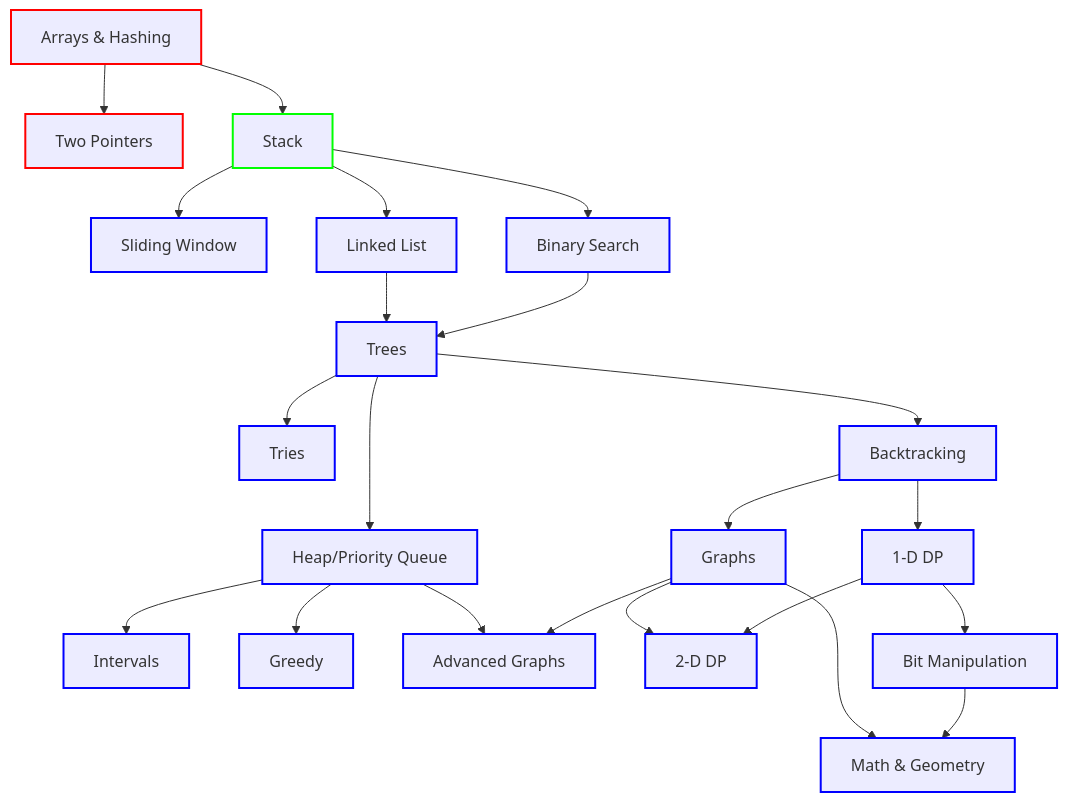
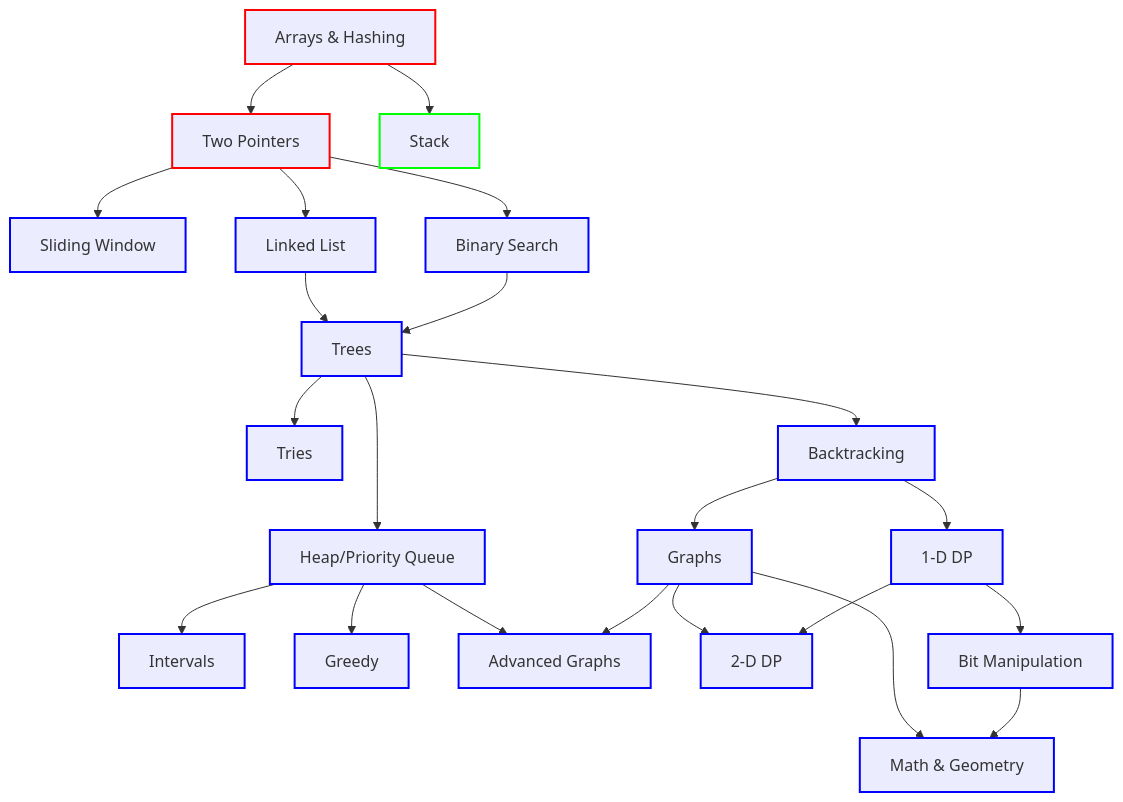
The diagram in README.md (Tetsu-is/neet-code), drawn with Mermaid before and after one commit. The commit also changed other lines of this file and 1 other file, not shown here.

````diff
--- a/README.md
+++ b/README.md
@@ -11,47 +11,47 @@
 ```mermaid
 graph TD;
     classDef completed stroke:#f00,stroke-width:2px;
     classDef inProgress stroke:#0f0,stroke-width:2px;
     classDef notStarted stroke:#00f,stroke-width:2px;
 
     A[Arrays & Hashing]:::completed;
-    B[Two Pointers]:::completed;
-    C[Stack]:::inProgress;
+    C[Two Pointers]:::completed;
+    B[Stack]:::inProgress;
     D[Sliding Window]:::notStarted;
     E[Linked List]:::notStarted;
     F[Binary Search]:::notStarted;
     G[Trees]:::notStarted;
     H[Tries]:::notStarted;
     I[Heap/Priority Queue]:::notStarted;
     J[Backtracking]:::notStarted;
     K[Intervals]:::notStarted;
     L[Greedy]:::notStarted;
     M[Advanced Graphs]:::notStarted;
+    P[2-D DP]:::notStarted;
     N[Graphs]:::notStarted;
     O[1-D DP]:::notStarted;
-    P[2-D DP]:::notStarted;
     Q[Bit Manipulation]:::notStarted;
     R[Math & Geometry]:::notStarted;
 
     A --> B;
     A --> C;
     C --> D;
     C --> E;
     C --> F;
     E --> G;
     F --> G;
     G --> H;
     G --> I;
     G --> J;
     I --> K;
     I --> L;
     I --> M;
     J --> N;
     J --> O;
     N --> M;
     N --> P;
     N --> R;
     O --> P;
     O --> Q;
     Q --> R;
 ```
````
